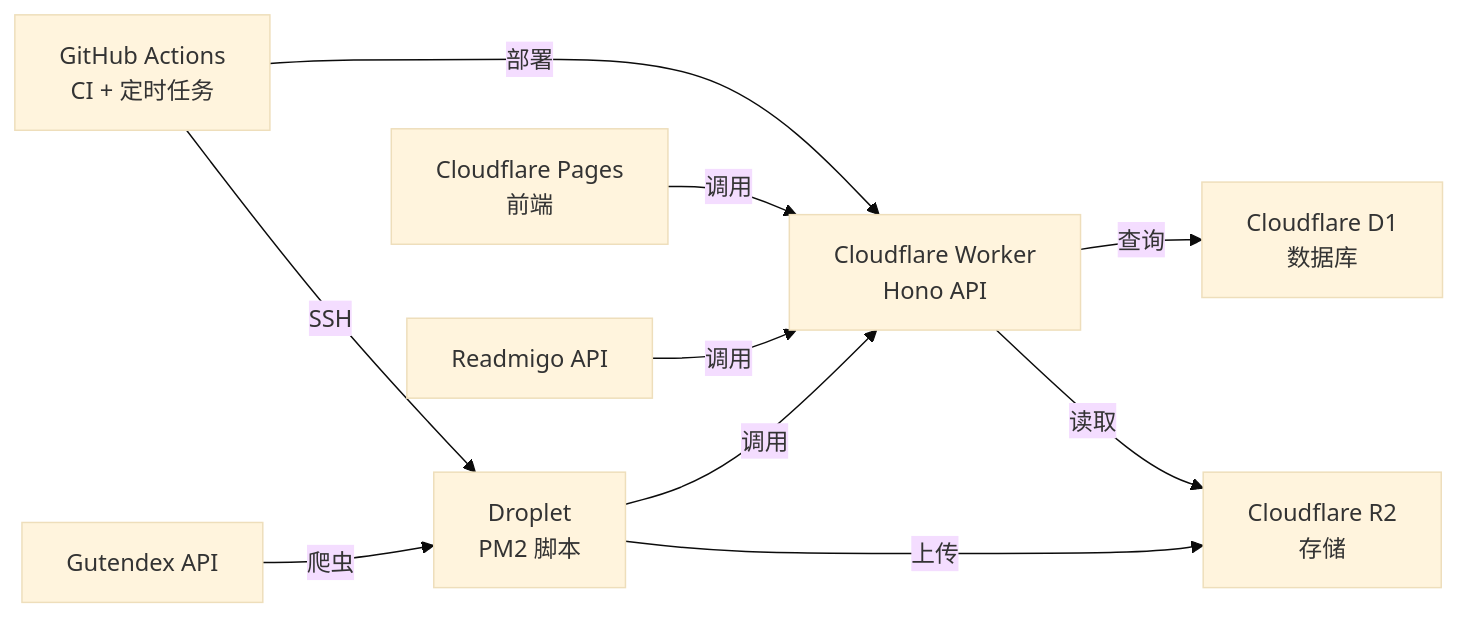
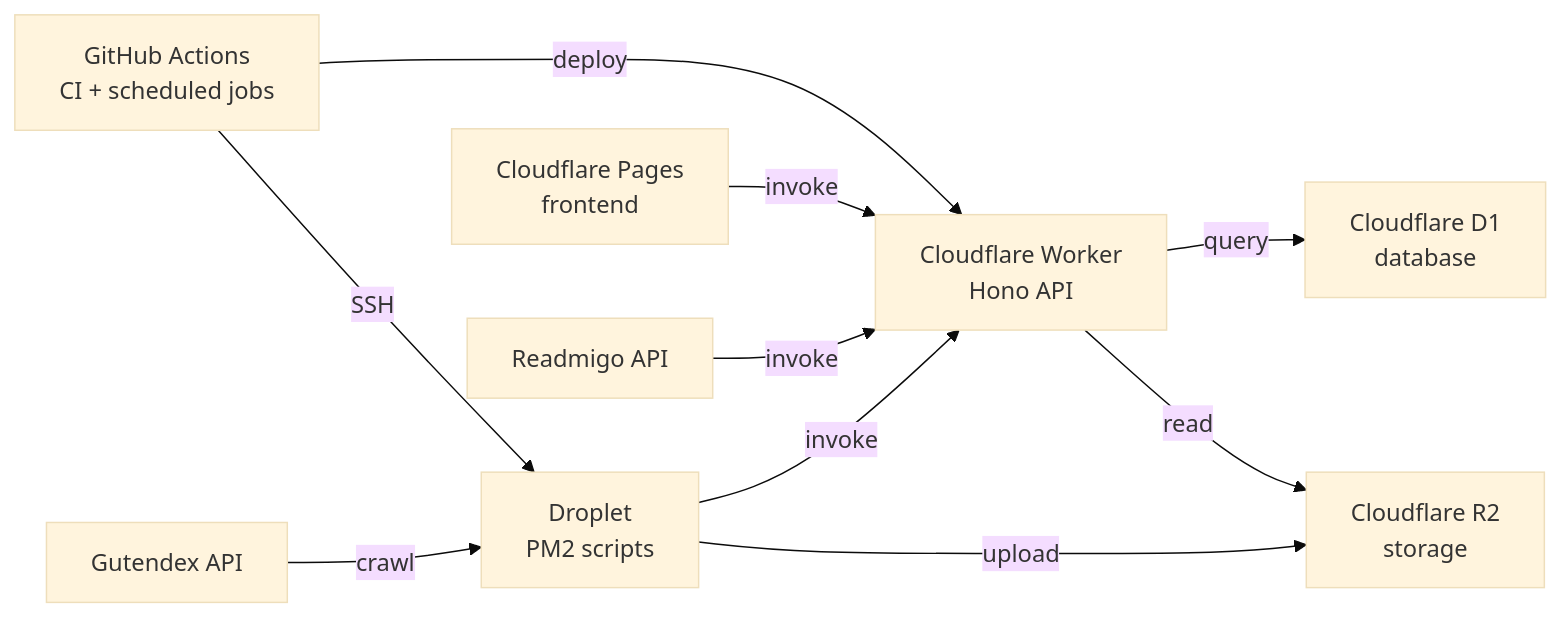
The diagram in README.md (readmigo/gutenberg), drawn with Mermaid (base theme) before and after one commit. The commit also changed other lines of this file, not shown here.

````diff
--- a/README.md
+++ b/README.md
@@ -21,12 +21,12 @@
 ```mermaid
 graph LR
-    A["GitHub Actions<br/>CI + 定时任务"] -->|部署| B["Cloudflare Worker<br/>Hono API"]
-    A -->|SSH| C["Droplet<br/>PM2 脚本"]
-    D["Gutendex API"] -->|爬虫| C
-    C -->|调用| B
-    C -->|上传| E["Cloudflare R2<br/>存储"]
-    B -->|查询| F["Cloudflare D1<br/>数据库"]
-    B -->|读取| E
-    G["Cloudflare Pages<br/>前端"] -->|调用| B
-    H["Readmigo API"] -->|调用| B
+    A["GitHub Actions<br/>CI + scheduled jobs"] -->|deploy| B["Cloudflare Worker<br/>Hono API"]
+    A -->|SSH| C["Droplet<br/>PM2 scripts"]
+    D["Gutendex API"] -->|crawl| C
+    C -->|invoke| B
+    C -->|upload| E["Cloudflare R2<br/>storage"]
+    B -->|query| F["Cloudflare D1<br/>database"]
+    B -->|read| E
+    G["Cloudflare Pages<br/>frontend"] -->|invoke| B
+    H["Readmigo API"] -->|invoke| B
 ```
````
